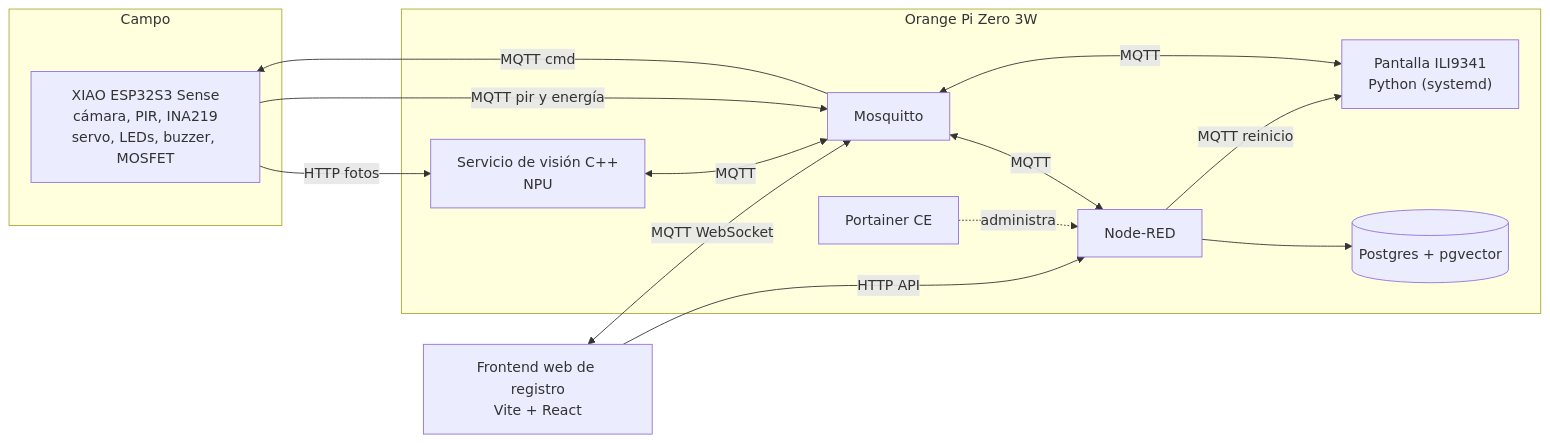
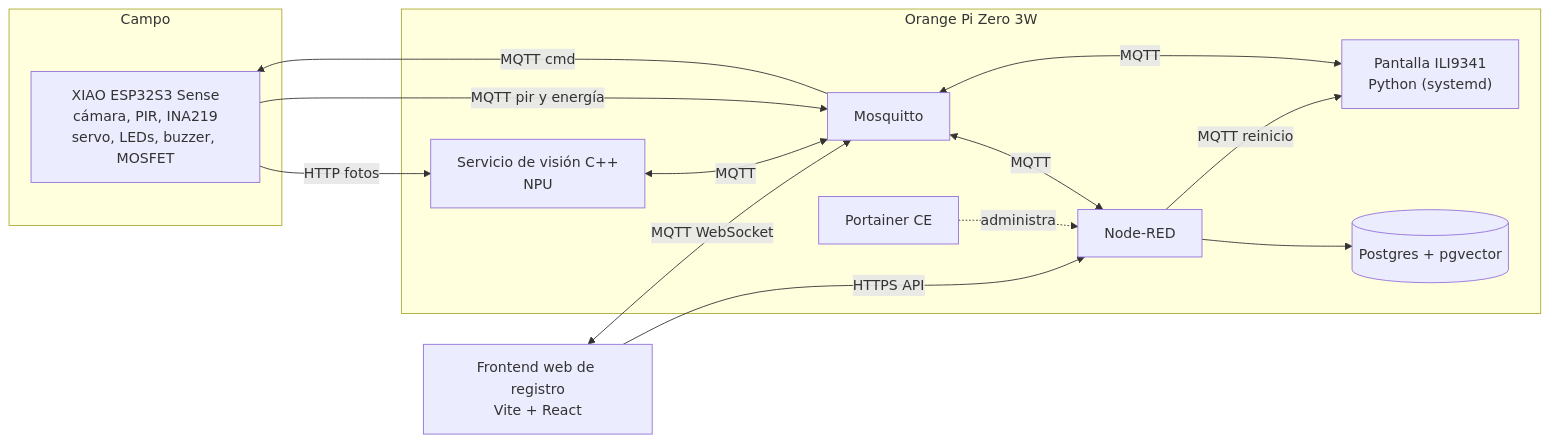
Before and after one commit to GustavoVaAsc/AutoList: the first of 3 diagrams in docs/HIGH-LEVEL-PLAN.md, drawn with Mermaid. The commit also changed other lines of this file and 1 other file, not shown here.

````diff
--- a/docs/HIGH-LEVEL-PLAN.md
+++ b/docs/HIGH-LEVEL-PLAN.md
@@ -58,27 +58,27 @@
 ```mermaid
 flowchart LR
   subgraph Campo
     ESP["XIAO ESP32S3 Sense<br/>cámara, PIR, INA219<br/>servo, LEDs, buzzer, MOSFET"]
   end
   subgraph OPi["Orange Pi Zero 3W"]
     VIS["Servicio de visión C++<br/>NPU"]
     MQ["Mosquitto"]
     NR["Node-RED"]
     PG[("Postgres + pgvector")]
     POR["Portainer CE"]
     LCD["Pantalla ILI9341<br/>Python (systemd)"]
   end
   WEB["Frontend web de registro<br/>Vite + React"]
 
   ESP -->|HTTP fotos| VIS
   ESP -->|MQTT pir y energía| MQ
   VIS <-->|MQTT| MQ
   MQ <-->|MQTT| NR
   NR --> PG
   POR -.->|administra| NR
   NR -->|MQTT reinicio| LCD
   LCD <-->|MQTT| MQ
   MQ -->|MQTT cmd| ESP
-  WEB -->|HTTP API| NR
+  WEB -->|HTTPS API| NR
   WEB <-->|MQTT WebSocket| MQ
 ```
````
